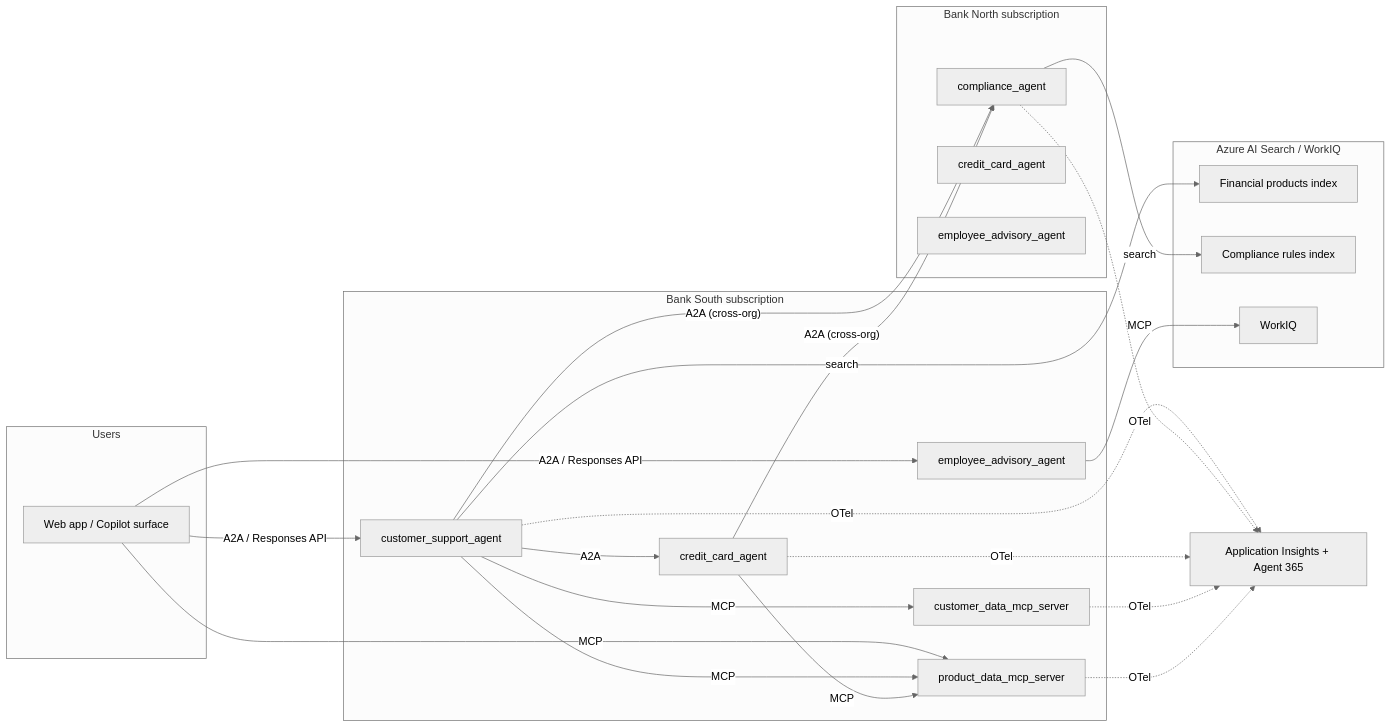
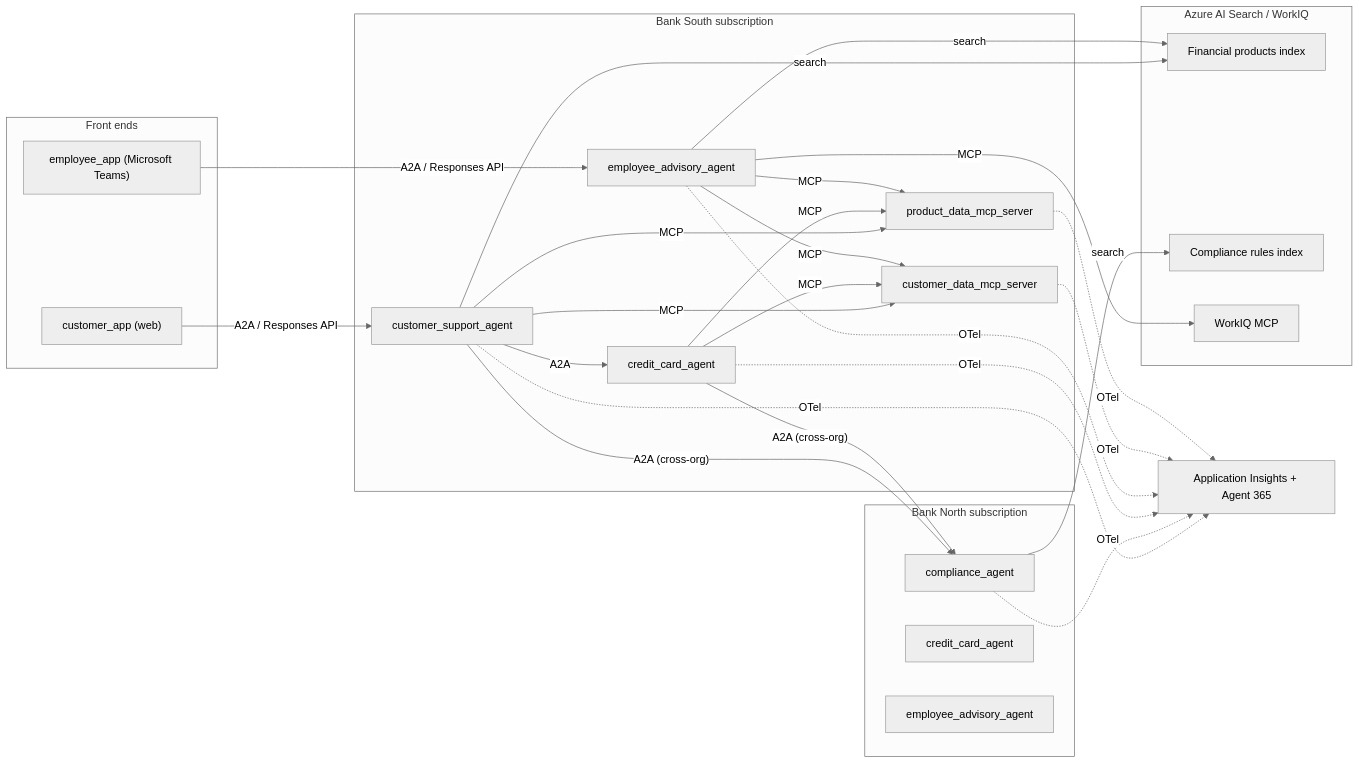
The diagram in narrative.md (denniszielke/agentic-banking-ecosystem), drawn with Mermaid (neutral theme) before and after one commit. The commit also changed other lines of this file, not shown here.

````diff
--- a/narrative.md
+++ b/narrative.md
@@ -235,50 +250,60 @@
 ```mermaid
 flowchart LR
-    subgraph Users
-        UI["Web app / Copilot surface"]
+    subgraph Frontends["Front ends"]
+        CAPP["customer_app (web)"]
+        EAPP["employee_app (Microsoft Teams)"]
     end
 
     subgraph BankSouth["Bank South subscription"]
         CSA["customer_support_agent"]
         CCA_S["credit_card_agent"]
+        EAA_S["employee_advisory_agent"]
         CDATA_S["customer_data_mcp_server"]
         PDATA_S["product_data_mcp_server"]
-        EAA_S["employee_advisory_agent"]
     end
 
     subgraph BankNorth["Bank North subscription"]
         COMP["compliance_agent"]
         CCA_N["credit_card_agent"]
         EAA_N["employee_advisory_agent"]
     end
 
     subgraph Shared["Azure AI Search / WorkIQ"]
         FIDX["Financial products index"]
         CIDX["Compliance rules index"]
-        WIQ["WorkIQ"]
+        WIQ["WorkIQ MCP"]
     end
 
     OBS["Application Insights + Agent 365"]
 
-    UI -- "A2A / Responses API" --> CSA
-    UI -- "A2A / Responses API" --> EAA_S
-    UI -- "MCP" --> PDATA_S
+    %% Front ends -> agents (no direct MCP access)
+    CAPP -- "A2A / Responses API" --> CSA
+    EAPP -- "A2A / Responses API" --> EAA_S
 
+    %% Agent -> agent hand-offs
     CSA -- "A2A" --> CCA_S
     CSA -- "A2A (cross-org)" --> COMP
     CCA_S -- "A2A (cross-org)" --> COMP
 
+    %% Agent -> MCP dependencies
     CSA -- "MCP" --> CDATA_S
     CSA -- "MCP" --> PDATA_S
     CCA_S -- "MCP" --> PDATA_S
+    CCA_S -- "MCP" --> CDATA_S
+    EAA_S -- "MCP" --> PDATA_S
+    EAA_S -- "MCP" --> CDATA_S
     EAA_S -- "MCP" --> WIQ
 
+    %% Agent -> search / grounding
     CSA -- "search" --> FIDX
+    EAA_S -- "search" --> FIDX
     COMP -- "search" --> CIDX
 
+    %% Telemetry
     CSA -. "OTel" .-> OBS
     COMP -. "OTel" .-> OBS
     CCA_S -. "OTel" .-> OBS
+    EAA_S -. "OTel" .-> OBS
     CDATA_S -. "OTel" .-> OBS
     PDATA_S -. "OTel" .-> OBS
 ```
````
